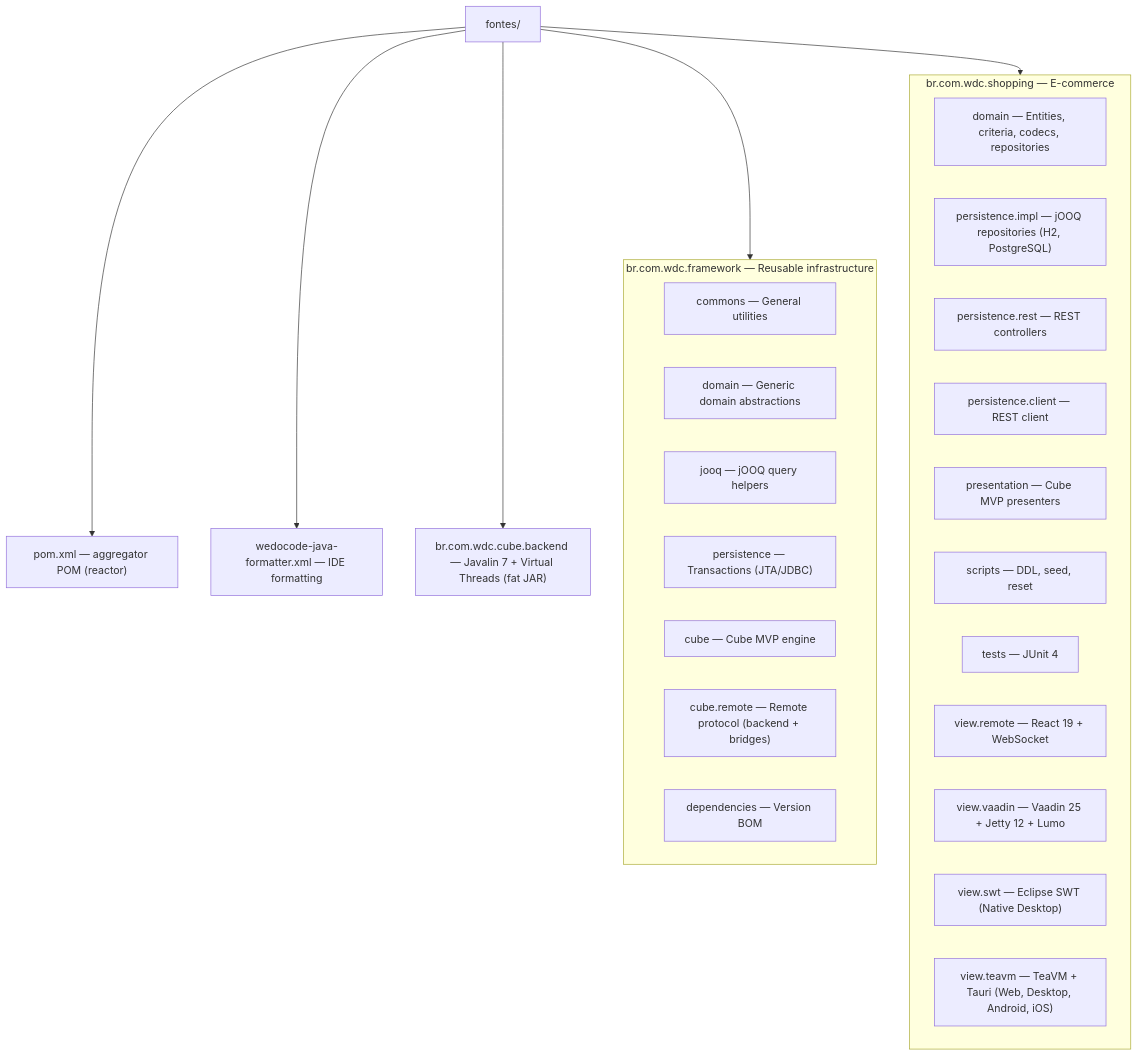
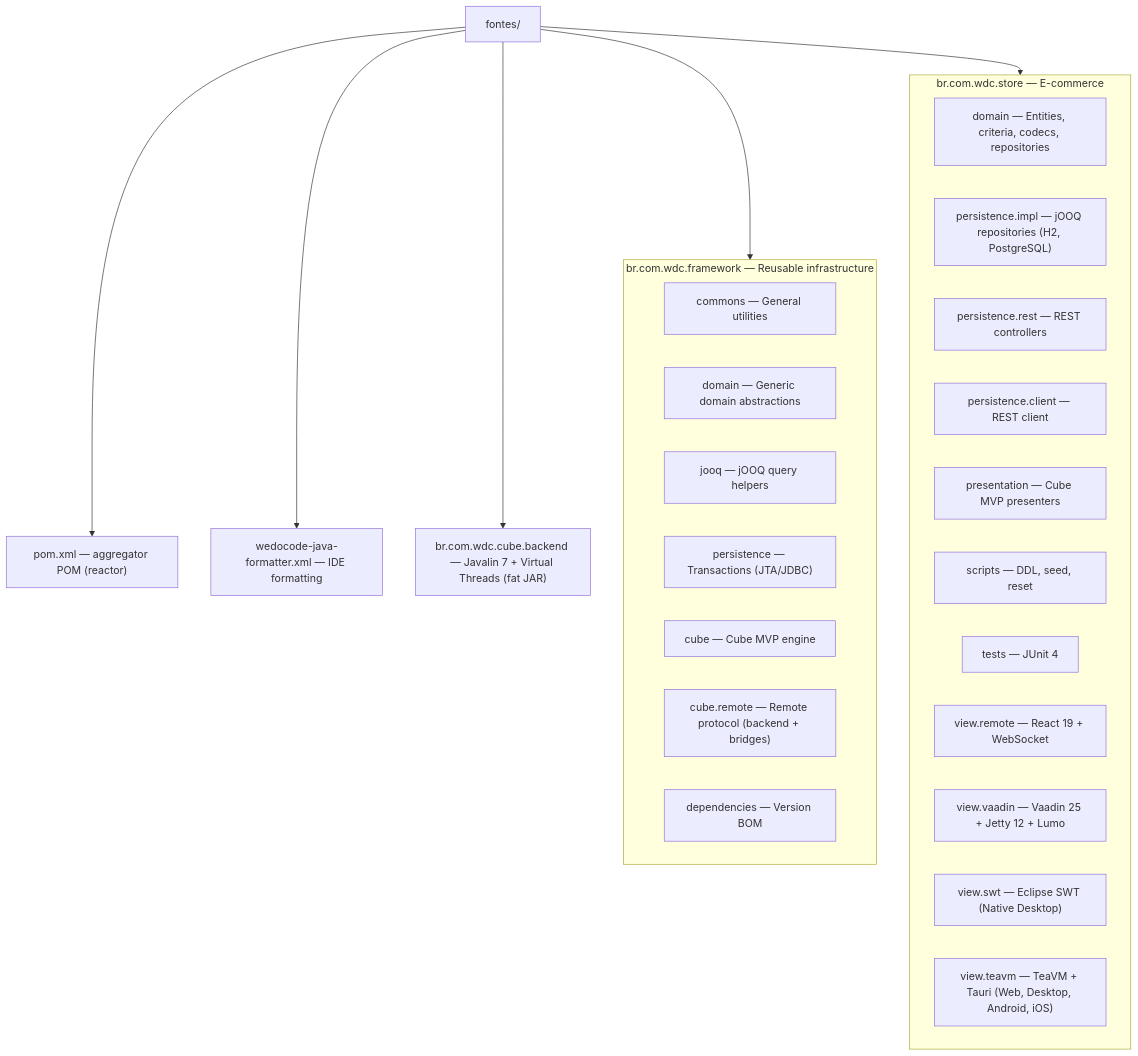
One commit to mrcdom/wdc-cube-java-v2 changed the diagram in fontes/README.md. Above: the diagram before and after it, drawn with Mermaid. The commit also changed other lines of this file and 1335 other files, not shown here.

First line of the commit message:
♻️ [REFACTOR] br.com.wdc.shopping becomes br.com.wdc.store

````diff
--- a/fontes/README.md
+++ b/fontes/README.md
@@ -9,36 +9,36 @@
 ```mermaid
 graph TD
     fontes["fontes/"]
     pom["pom.xml — aggregator POM (reactor)"]
     formatter["wedocode-java-formatter.xml — IDE formatting"]
 
     subgraph Framework["br.com.wdc.framework — Reusable infrastructure"]
         fwCommons["commons — General utilities"]
         fwDomain["domain — Generic domain abstractions"]
         fwJooq["jooq — jOOQ query helpers"]
         fwPersistence["persistence — Transactions (JTA/JDBC)"]
         fwCube["cube — Cube MVP engine"]
         fwCubeRemote["cube.remote — Remote protocol (backend + bridges)"]
         fwDeps["dependencies — Version BOM"]
     end
 
-    subgraph Shopping["br.com.wdc.shopping — E-commerce"]
+    subgraph Store["br.com.wdc.store — E-commerce"]
         domain["domain — Entities, criteria, codecs, repositories"]
         persistence["persistence.impl — jOOQ repositories (H2, PostgreSQL)"]
         persistRest["persistence.rest — REST controllers"]
         persistClient["persistence.client — REST client"]
         presentation["presentation — Cube MVP presenters"]
         scripts["scripts — DDL, seed, reset"]
         tests["tests — JUnit 4"]
         viewReact["view.remote — React 19 + WebSocket"]
         viewVaadin["view.vaadin — Vaadin 25 + Jetty 12 + Lumo"]
         viewSwt["view.swt — Eclipse SWT (Native Desktop)"]
         viewTeavm["view.teavm — TeaVM + Tauri (Web, Desktop, Android, iOS)"]
     end
 
     fontes --> pom
     fontes --> formatter
     fontes --> Framework
-    fontes --> Shopping
+    fontes --> Store
     fontes --> backend["br.com.wdc.cube.backend — Javalin 7 + Virtual Threads (fat JAR)"]
 ```
````
